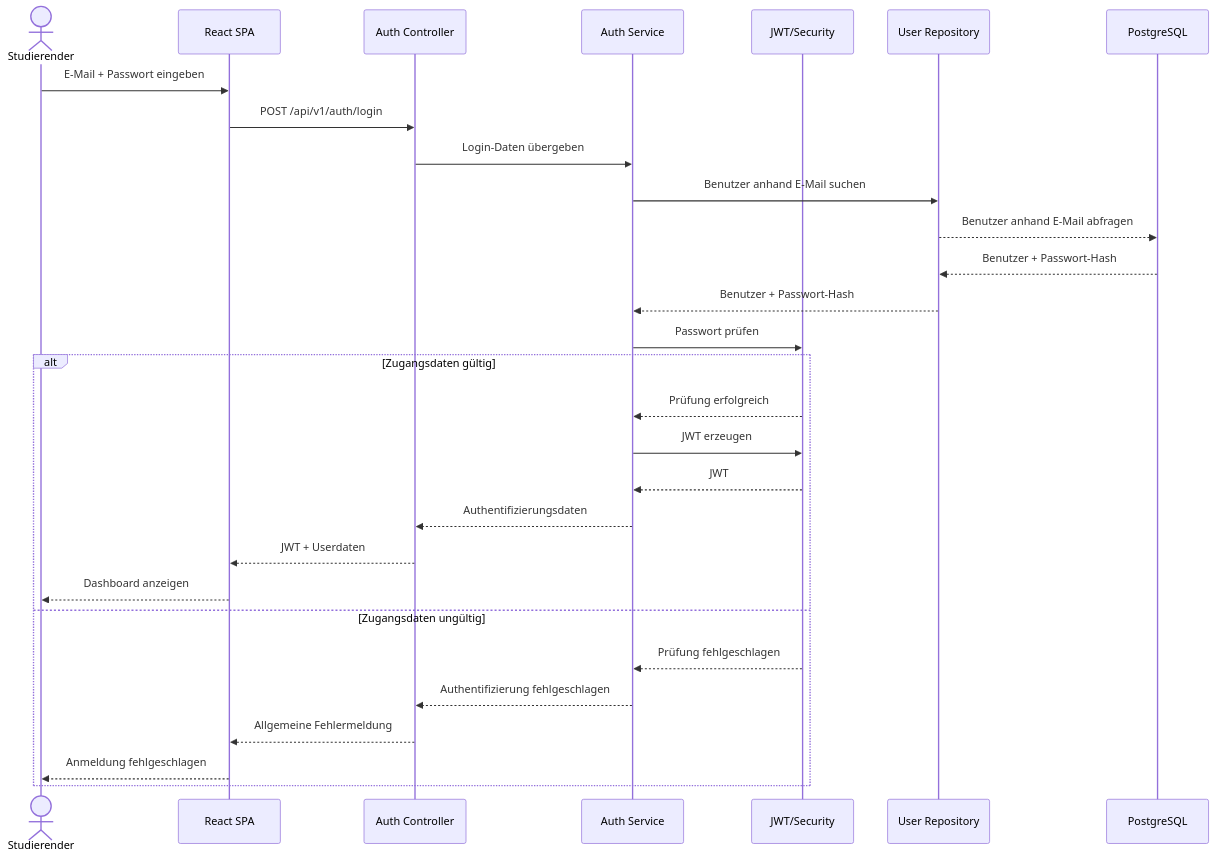
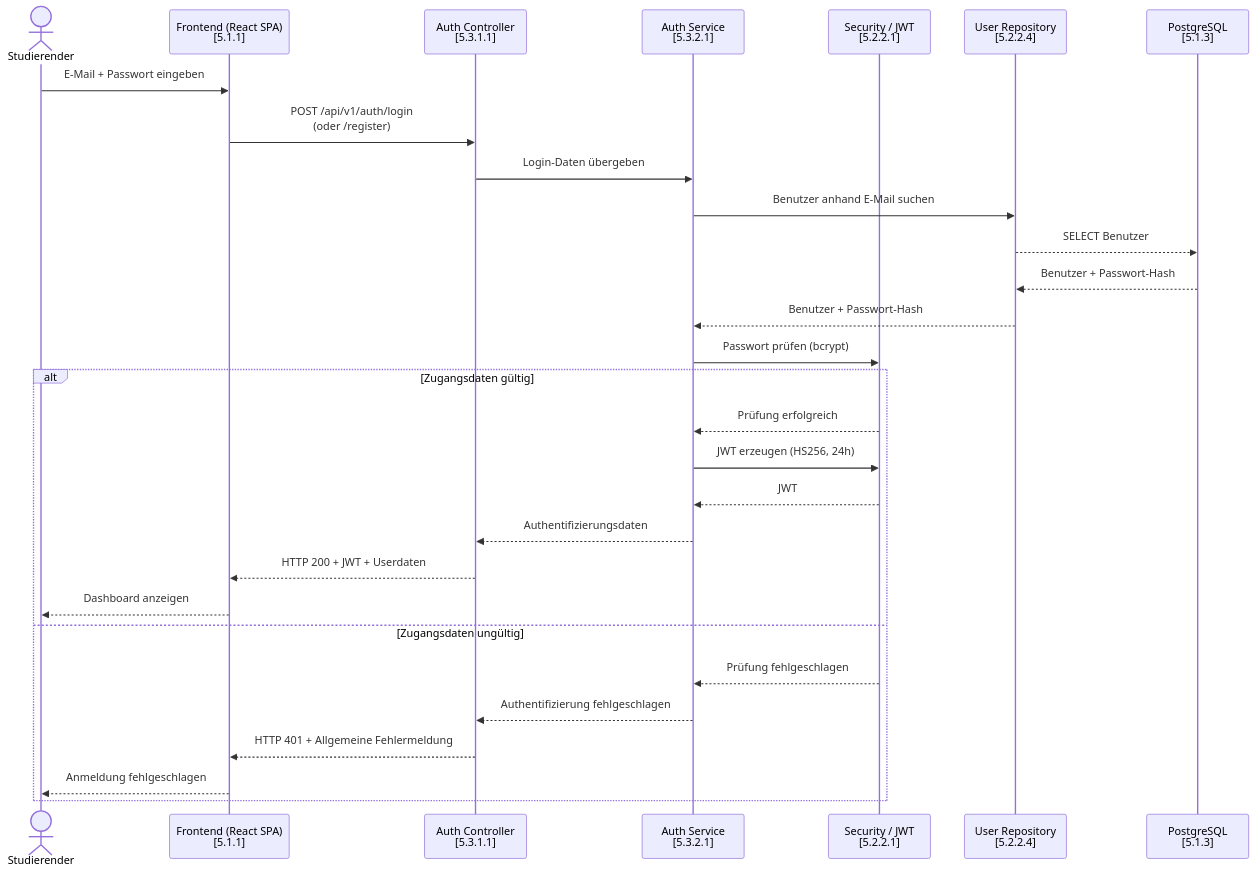
Before and after one commit to nura203/wk1106-wirtschaftsinformatik-projekt-1: the first of 3 diagrams in arch/06-laufzeitsicht.md, drawn with Mermaid. The commit also changed other lines of this file, not shown here.

Commit message:
docs(arch): improve runtime view clarity by consolidating duplicate flows

````diff
--- a/arch/06-laufzeitsicht.md
+++ b/arch/06-laufzeitsicht.md
@@ -20,32 +29,33 @@
 ```mermaid
 sequenceDiagram
     actor Nutzer as Studierender
-    participant Frontend as React SPA
-    participant Controller as Auth Controller
-    participant Service as Auth Service
-    participant Security as JWT/Security
-    participant UserRepo as User Repository
-    participant DB as PostgreSQL
+    participant Frontend as Frontend (React SPA)<br/>[5.1.1]
+    participant AuthC as Auth Controller<br/>[5.3.1.1]
+    participant AuthS as Auth Service<br/>[5.3.2.1]
+    participant Sec as Security / JWT<br/>[5.2.2.1]
+    participant UserRepo as User Repository<br/>[5.2.2.4]
+    participant DB as PostgreSQL<br/>[5.1.3]
 
     Nutzer->>Frontend: E-Mail + Passwort eingeben
-    Frontend->>Controller: POST /api/v1/auth/login
-    Controller->>Service: Login-Daten übergeben
-    Service->>UserRepo: Benutzer anhand E-Mail suchen
-    UserRepo-->>DB: Benutzer anhand E-Mail abfragen
+    Frontend->>AuthC: POST /api/v1/auth/login<br/>(oder /register)
+    AuthC->>AuthS: Login-Daten übergeben
+    AuthS->>UserRepo: Benutzer anhand E-Mail suchen
+    UserRepo-->>DB: SELECT Benutzer
     DB-->>UserRepo: Benutzer + Passwort-Hash
-    UserRepo-->>Service: Benutzer + Passwort-Hash
-    Service->>Security: Passwort prüfen
-alt Zugangsdaten gültig
-    Security-->>Service: Prüfung erfolgreich
-    Service->>Security: JWT erzeugen
-    Security-->>Service: JWT
-    Service-->>Controller: Authentifizierungsdaten
-    Controller-->>Frontend: JWT + Userdaten
-    Frontend-->>Nutzer: Dashboard anzeigen
-else Zugangsdaten ungültig
-    Security-->>Service: Prüfung fehlgeschlagen
-    Service-->>Controller: Authentifizierung fehlgeschlagen
-    Controller-->>Frontend: Allgemeine Fehlermeldung
-    Frontend-->>Nutzer: Anmeldung fehlgeschlagen
-end
+    UserRepo-->>AuthS: Benutzer + Passwort-Hash
+    AuthS->>Sec: Passwort prüfen (bcrypt)
+
+    alt Zugangsdaten gültig
+        Sec-->>AuthS: Prüfung erfolgreich
+        AuthS->>Sec: JWT erzeugen (HS256, 24h)
+        Sec-->>AuthS: JWT
+        AuthS-->>AuthC: Authentifizierungsdaten
+        AuthC-->>Frontend: HTTP 200 + JWT + Userdaten
+        Frontend-->>Nutzer: Dashboard anzeigen
+    else Zugangsdaten ungültig
+        Sec-->>AuthS: Prüfung fehlgeschlagen
+        AuthS-->>AuthC: Authentifizierung fehlgeschlagen
+        AuthC-->>Frontend: HTTP 401 + Allgemeine Fehlermeldung
+        Frontend-->>Nutzer: Anmeldung fehlgeschlagen
+    end
 ```
````
